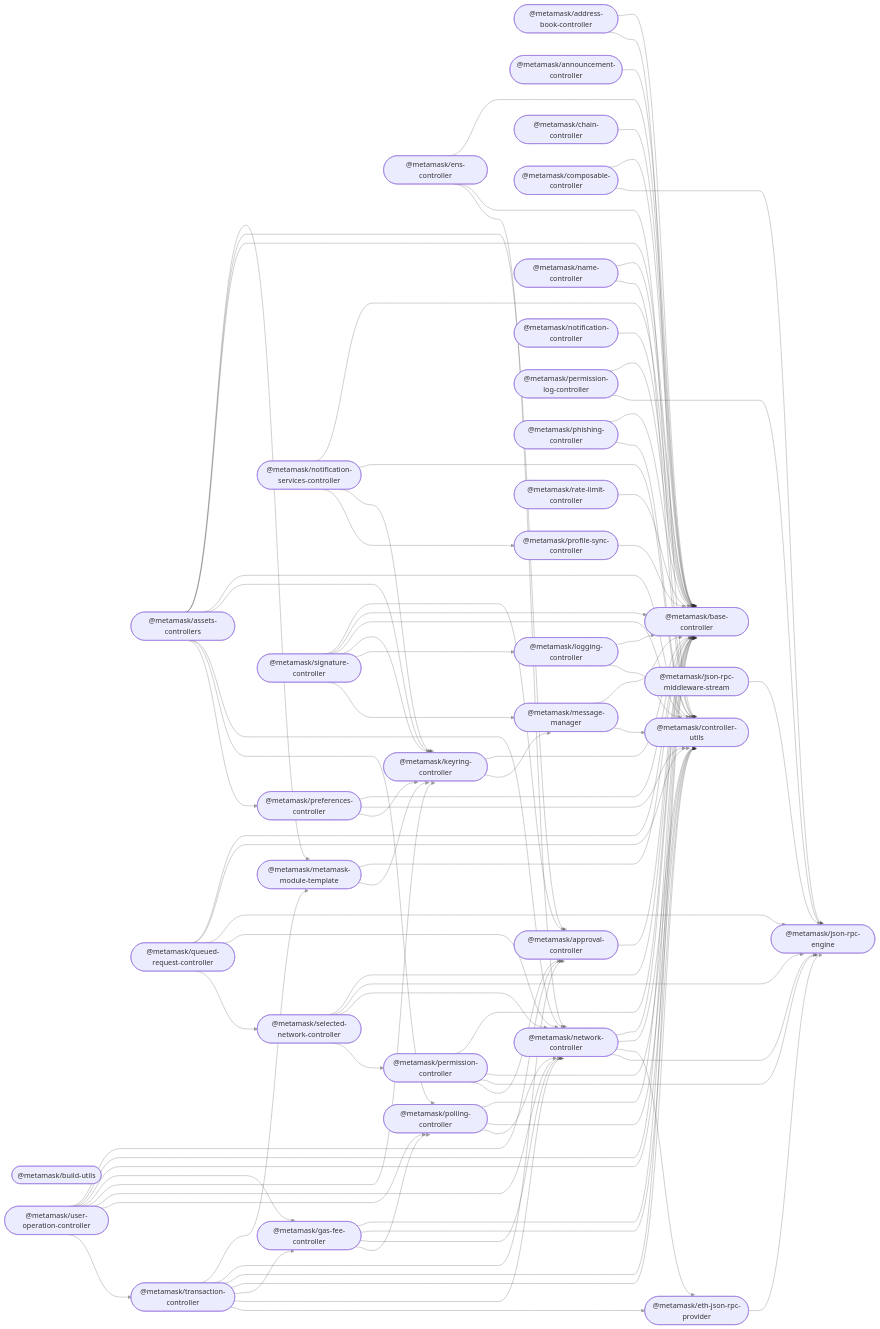
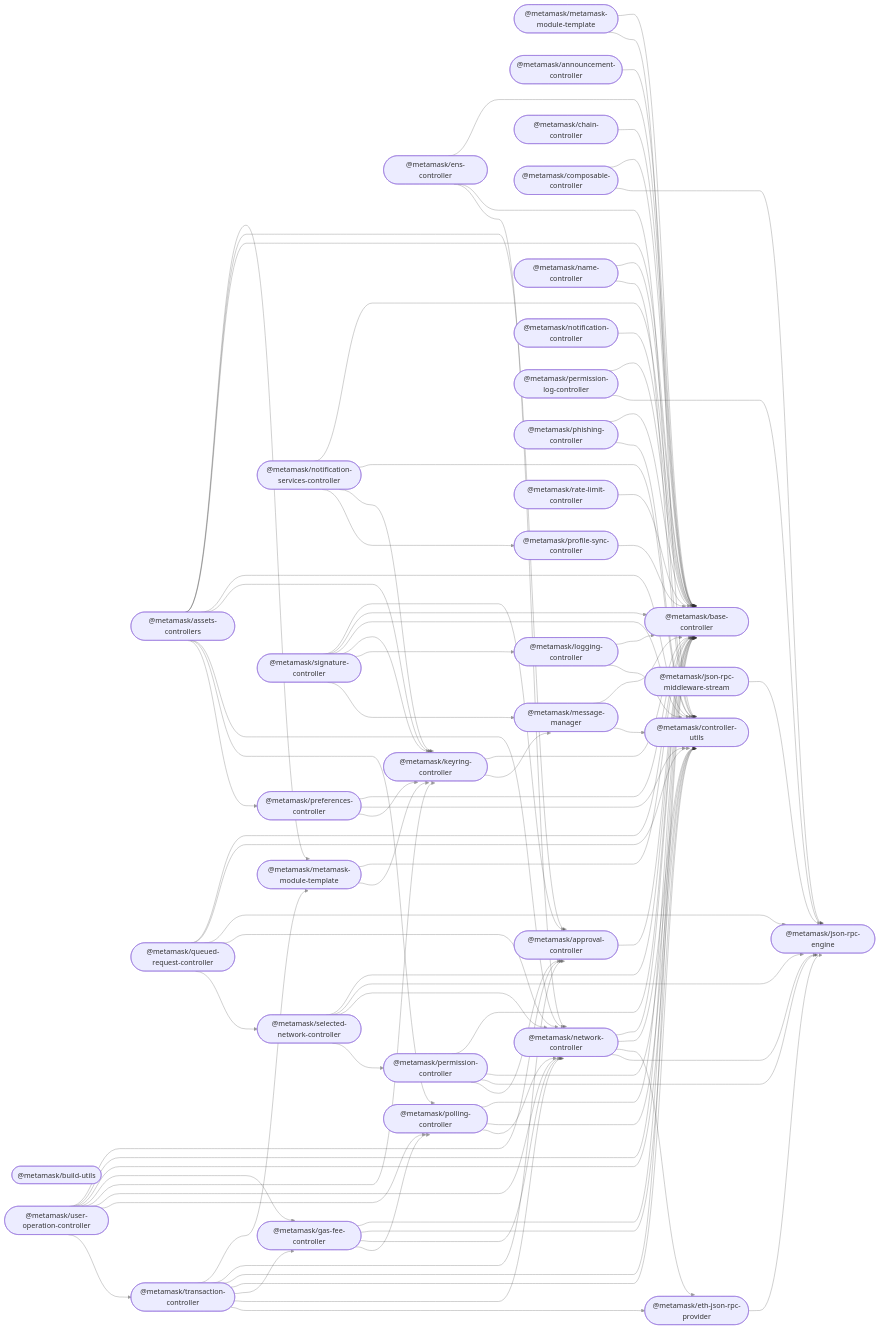
The diagram in README.md (MetaMask/metamask-monorepo-template), drawn with Mermaid before and after one commit. The commit also changed other lines of this file and 6 other files, not shown here.

```diff
--- a/README.md
+++ b/README.md
@@ -59,7 +59,7 @@
 graph LR;
 linkStyle default opacity:0.5
   accounts_controller(["@metamask/metamask-module-template"]);
-  address_book_controller(["@metamask/address-book-controller"]);
+  address_book_controller(["@metamask/metamask-module-template"]);
   announcement_controller(["@metamask/announcement-controller"]);
   approval_controller(["@metamask/approval-controller"]);
   assets_controllers(["@metamask/assets-controllers"]);
```
